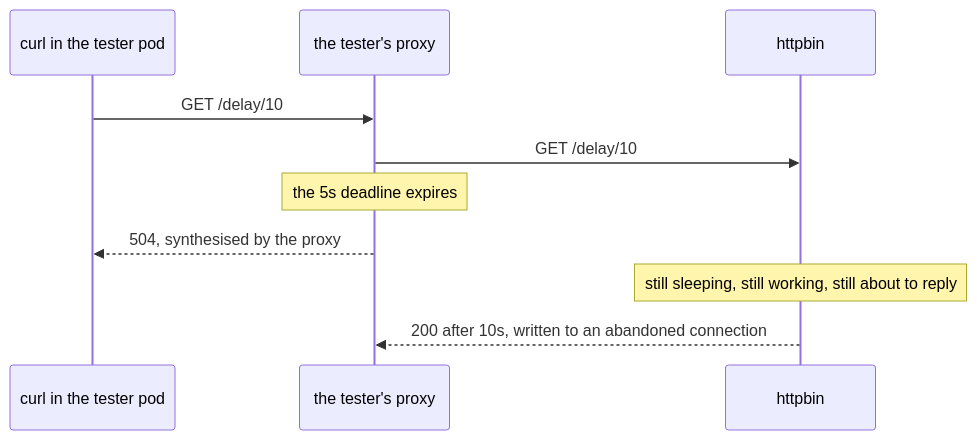
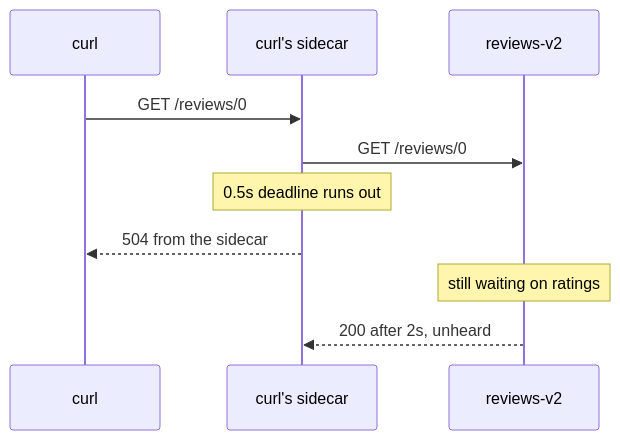
Before and after one commit to astrona-io/ATS014: the second of 2 diagrams in sections/section-040/module-01/course-01-the-route-timeout.md, drawn with Mermaid. The commit also changed other lines of this file and 444 other files, not shown here.

````diff
--- a/sections/section-040/module-01/course-01-the-route-timeout.md
+++ b/sections/section-040/module-01/course-01-the-route-timeout.md
@@ -89,12 +212,12 @@
 ```mermaid
 sequenceDiagram
-    participant C as curl in the tester pod
-    participant P as the tester's proxy
-    participant U as httpbin
-    C->>P: GET /delay/10
-    P->>U: GET /delay/10
-    Note over P: the 5s deadline expires
-    P-->>C: 504, synthesised by the proxy
-    Note over U: still sleeping, still working, still about to reply
-    U-->>P: 200 after 10s, written to an abandoned connection
+    participant C as curl
+    participant P as curl's sidecar
+    participant U as reviews-v2
+    C->>P: GET /reviews/0
+    P->>U: GET /reviews/0
+    Note over P: 0.5s deadline runs out
+    P-->>C: 504 from the sidecar
+    Note over U: still waiting on ratings
+    U-->>P: 200 after 2s, unheard
 ```
````
